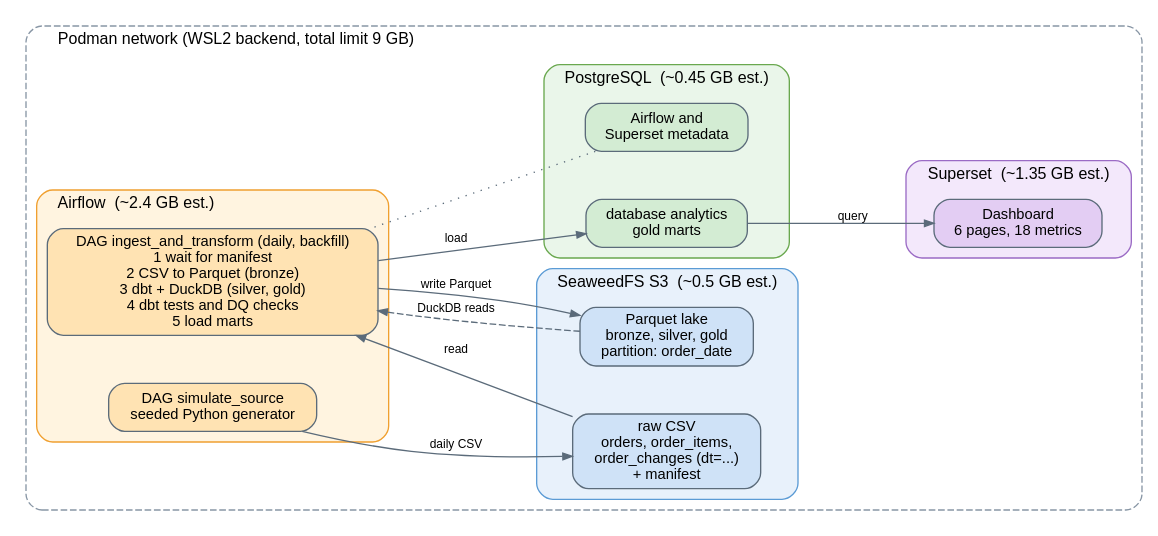
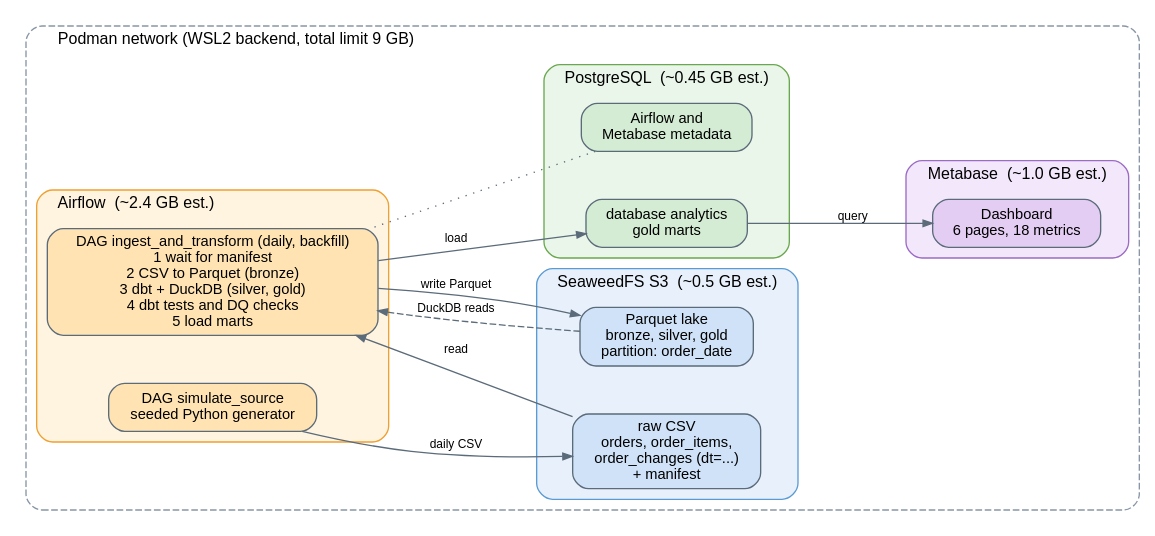
The diagram in docs/slides/architecture.dot (ivansurachman/just-fast-food-end-to-end-sales-analytics-pipeline), drawn with Graphviz before and after one commit. The commit also changed 3 other files, not shown here.

Commit message:
docs: switch dashboard tool from Superset to Metabase in diagram and data model

```diff
--- a/docs/slides/architecture.dot
+++ b/docs/slides/architecture.dot
@@ -1,40 +1,40 @@
 digraph arch {
   rankdir=LR; compound=true; nodesep=0.5; ranksep=0.7;
   fontname="Helvetica"; node [fontname="Helvetica", fontsize=11, shape=box, style="rounded,filled", fillcolor="#ffffff", color="#5b6b7a"];
   edge [color="#5b6b7a", fontname="Helvetica", fontsize=9, arrowsize=0.7];
 
   subgraph cluster_podman {
     label="Podman network (WSL2 backend, total limit 9 GB)"; labeljust=l; style="rounded,dashed"; color="#8896a5"; fontsize=12;
 
     subgraph cluster_airflow {
       label="Airflow  (~2.4 GB est.)"; style="rounded,filled"; fillcolor="#fff4e0"; color="#f0a030";
       gen [label="DAG simulate_source\nseeded Python generator", fillcolor="#ffe3b3"];
       ing [label="DAG ingest_and_transform (daily, backfill)\n1 wait for manifest\n2 CSV to Parquet (bronze)\n3 dbt + DuckDB (silver, gold)\n4 dbt tests and DQ checks\n5 load marts", fillcolor="#ffe3b3"];
     }
 
     subgraph cluster_s3 {
       label="SeaweedFS S3  (~0.5 GB est.)"; style="rounded,filled"; fillcolor="#e8f1fb"; color="#5b9bd5";
       raw [label="raw CSV\norders, order_items,\norder_changes (dt=...)\n+ manifest", fillcolor="#cfe2f7"];
       lake [label="Parquet lake\nbronze, silver, gold\npartition: order_date", fillcolor="#cfe2f7"];
     }
 
     subgraph cluster_pg {
       label="PostgreSQL  (~0.45 GB est.)"; style="rounded,filled"; fillcolor="#eaf6ea"; color="#6aa84f";
       marts [label="database analytics\ngold marts", fillcolor="#d3ecd3"];
-      meta [label="Airflow and\nSuperset metadata", fillcolor="#d3ecd3"];
+      meta [label="Airflow and\nMetabase metadata", fillcolor="#d3ecd3"];
     }
 
     subgraph cluster_ss {
-      label="Superset  (~1.35 GB est.)"; style="rounded,filled"; fillcolor="#f3e8fb"; color="#9b6bc5";
+      label="Metabase  (~1.0 GB est.)"; style="rounded,filled"; fillcolor="#f3e8fb"; color="#9b6bc5";
       dash [label="Dashboard\n6 pages, 18 metrics", fillcolor="#e3cdf3"];
     }
   }
 
   gen -> raw [label=" daily CSV"];
   raw -> ing [label=" read"];
   ing -> lake [label=" write Parquet"];
   lake -> ing [label=" DuckDB reads", style=dashed];
   ing -> marts [label=" load"];
   marts -> dash [label=" query"];
   meta -> ing [style=dotted, arrowhead=none];
 }
```
